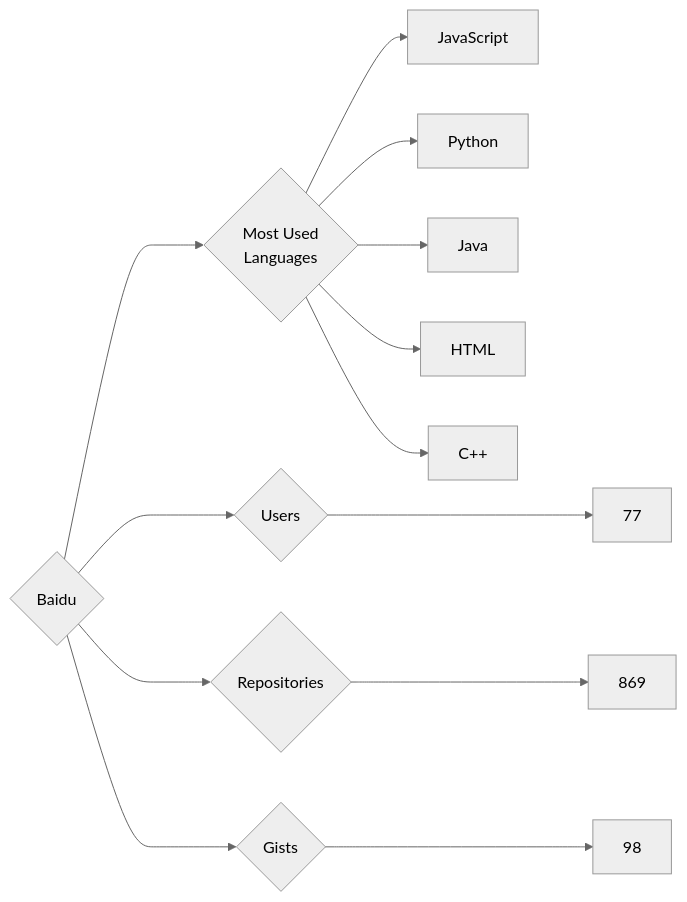
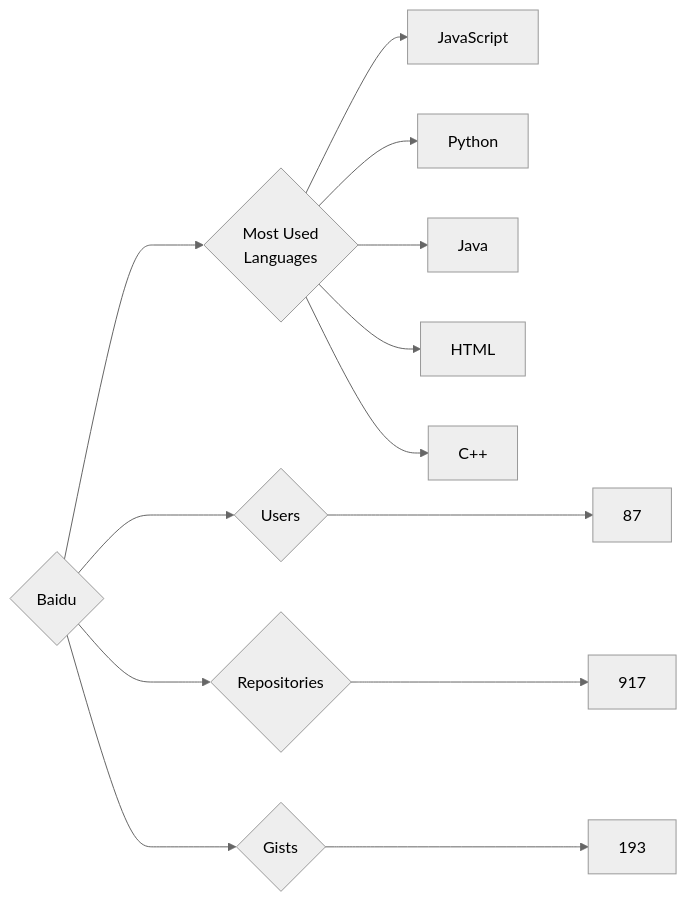
One commit to trickest/insiders changed the diagram in targets/Baidu/README.md. Above: the diagram before and after it, drawn with Mermaid (neutral theme). The commit also changed 895 other files, not shown here.

````diff
--- a/targets/Baidu/README.md
+++ b/targets/Baidu/README.md
@@ -3,13 +3,13 @@
 ```mermaid
 graph LR
 COMPANY_NAME{Baidu}
-COMPANY_NAME ---> U{Users} ---> UN[77]
-COMPANY_NAME ---> R{Repositories} ---> RN[869]
-COMPANY_NAME ---> G{Gists} ---> GN[98]
+COMPANY_NAME ---> U{Users} ---> UN[87]
+COMPANY_NAME ---> R{Repositories} ---> RN[917]
+COMPANY_NAME ---> G{Gists} ---> GN[193]
 COMPANY_NAME ---> ML{Most Used<br>Languages}
 ML --> JavaScript[JavaScript]
 ML --> Python[Python]
 ML --> Java[Java]
 ML --> HTML[HTML]
 ML --> C++[C++]
 ```
````
